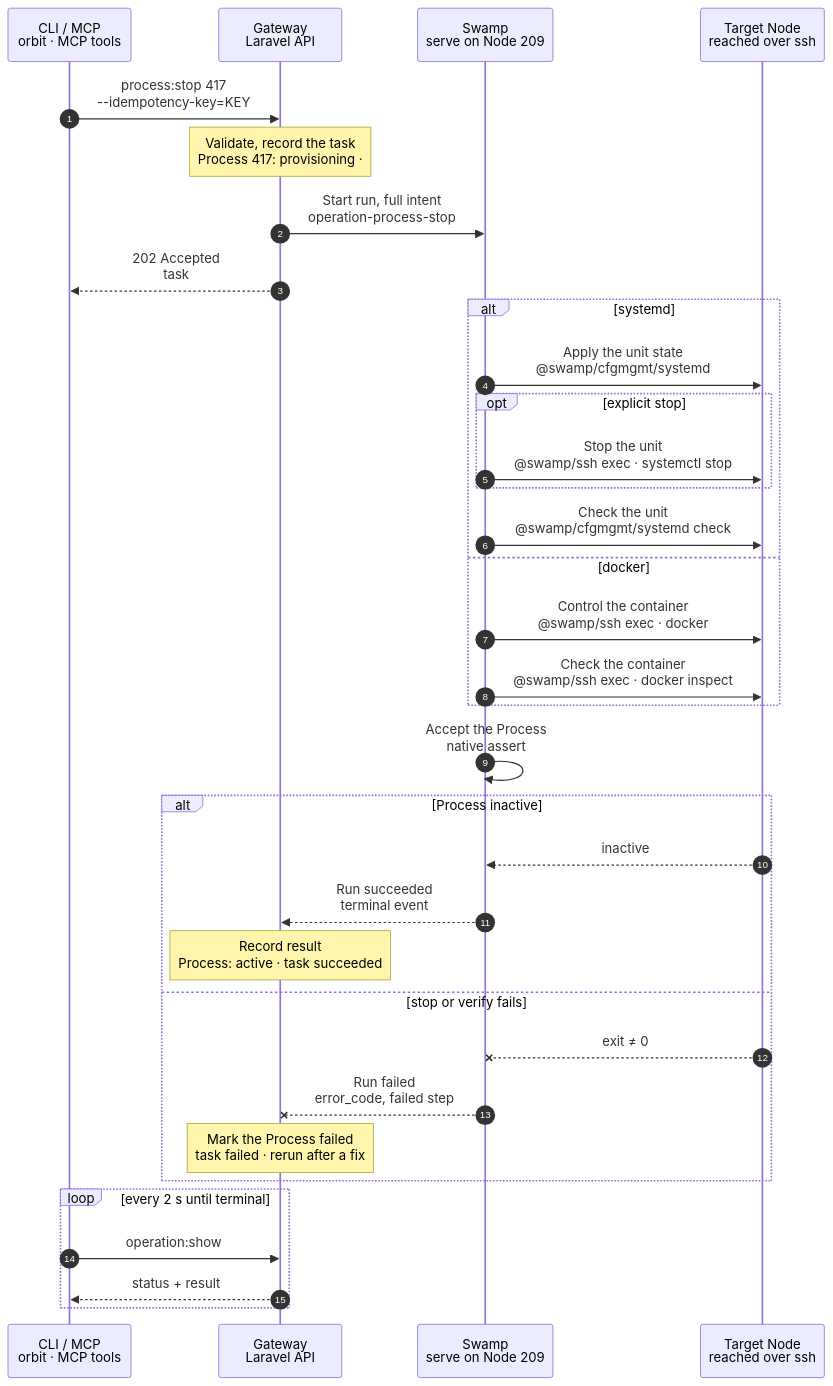
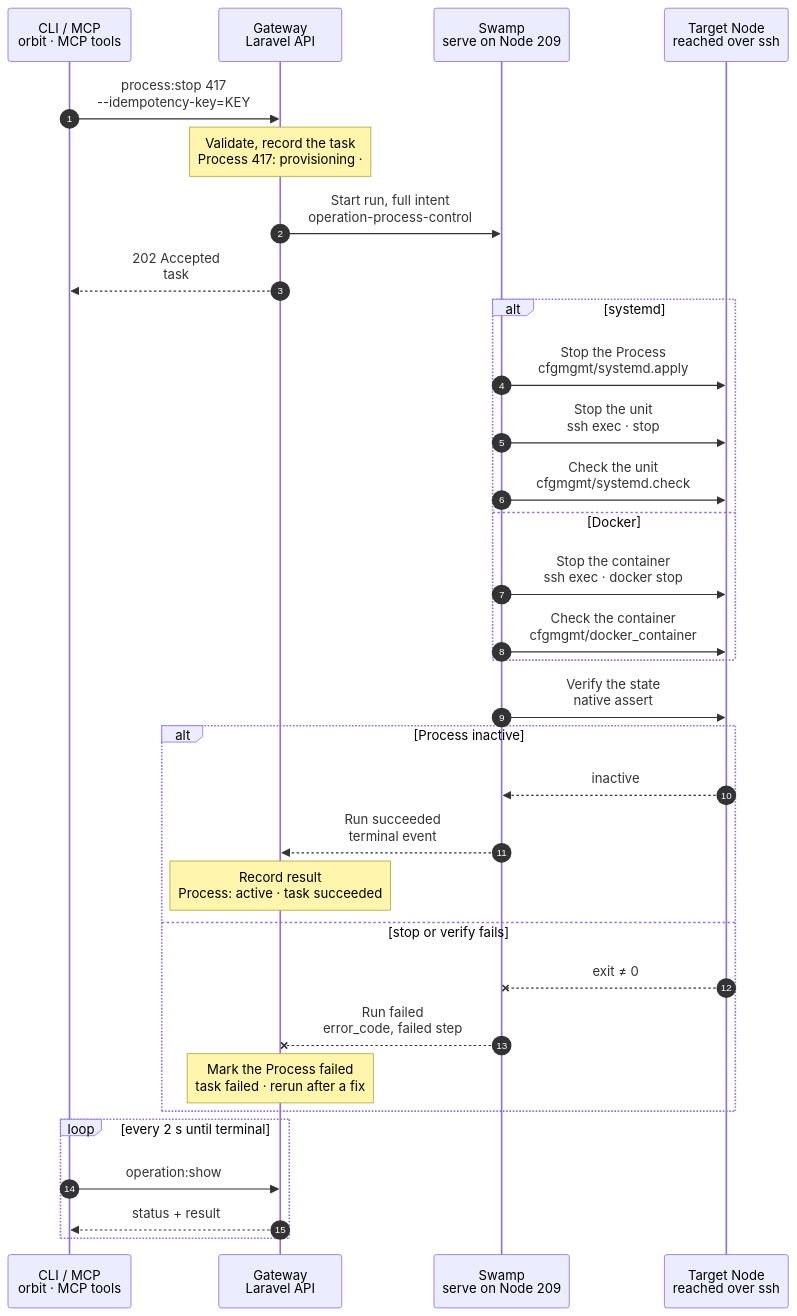
One commit to hardimpactdev/orbit changed the diagram in docs/cli/process/stop.mmd. Above: the diagram before and after it, drawn with Mermaid. The commit also changed 63 other files, not shown here.

```diff
--- a/docs/cli/process/stop.mmd
+++ b/docs/cli/process/stop.mmd
@@ -1,97 +1,91 @@
 sequenceDiagram
   %% Target design: ADR 0244 task, DECISIONS 4 + R1-R4 (process.stop shape: 209, @swamp/ssh, full intent as inputs).
-  %% status: draft
+  %% Tightened: flow-tighten 2026-11-02, rules 1-22 (one cfgmgmt systemd apply, its check as the end check, no shipped scripts; rule 21: only this command's branches).
+  %% status: migrated
   %% command: process:stop
   %% kind: process.stop
   autonumber
   %% lane CLI icon=terminal pill=caller tone=gray
   %% lane GW icon=gateway pill=intent tone=blue
   %% lane SW icon=workflow pill=executes tone=green
   %% lane N icon=server pill=target tone=amber
   participant CLI as CLI / MCP<br/>orbit · MCP tools
   participant GW as Gateway<br/>Laravel API
   participant SW as Swamp<br/>serve on Node 209
   participant N as Target Node<br/>reached over ssh
   CLI->>GW: process:stop 417<br/>--idempotency-key=KEY
   %%> Command:
   %%> - `orbit process:stop 417`
   %%> - syntax: `process:stop <process> [--idempotency-key=KEY] [--json]`
   %%> Input:
   %%> - the numeric Process ID from `process:list`
   %%> Who can call it:
   %%> - the `orbit` CLI and the MCP tool send the same request
   Note over GW: Validate, record the task<br/>Process 417: provisioning · #5130
   %%> Requirements:
   %%> - your Node has an access grant to the Node that runs Process 417
   %%> - Process 417 exists and is not being removed
+  %%> - a production Process's release is checked against the recorded releases, not on the Node
   %%> Result:
   %%> - task #5130 recorded with the full intent: unit or container name, runtime, on-demand flag, Vite plan
   %%> - Process 417 marked provisioning; its desired state does not change yet
   %%> - nothing has happened on the Node yet
-  GW->>SW: Start run, full intent<br/>operation-process-stop
+  GW->>SW: Start run, full intent<br/>operation-process-control
   %%> What it does:
   %%> - starts one Swamp run on serve (Node 209); every step runs there
   %%> Inputs:
   %%> - `kind`: process.stop
   %%> - the Process unit or container name, runtime and on-demand flag
   %%> - the Node's address and SSH host keys; the SSH identity comes from the `swamp` role
+  %%> Checked by the input schema:
+  %%> - no step reads or re-checks the intent
   GW-->>CLI: 202 Accepted<br/>task #5130
   %%> What you get:
   %%> - the task number, at once
   %%> Next:
   %%> - the CLI follows the task with `operation:show`
   alt systemd
-    SW->>N: Apply the unit state<br/>@swamp/cfgmgmt/systemd
-    %%> What it does:
-    %%> - converges boot policy and running state; on-demand starts stay disabled
-    opt explicit stop
-      SW->>N: Stop the unit<br/>@swamp/ssh exec · systemctl stop
-      %%> What it does:
-      %%> - also stops a unit that is activating or deactivating
-    end
-    SW->>N: Check the unit<br/>@swamp/cfgmgmt/systemd check
-    %%> Result:
-    %%> - records the running and boot state for the native end check
-  else docker
-    SW->>N: Control the container<br/>@swamp/ssh exec · docker
-    %%> What it does:
-    %%> - starts, stops or restarts the admitted container once
-    SW->>N: Check the container<br/>@swamp/ssh exec · docker inspect
-    %%> Result:
-    %%> - records the container state for the native end check
+    SW->>N: Stop the Process<br/>cfgmgmt/systemd.apply
+    SW->>N: Stop the unit<br/>ssh exec · stop
+    %%> Also cancels an activating unit, which pinned apply does not stop.
+    SW->>N: Check the unit<br/>cfgmgmt/systemd.check
+  else Docker
+    SW->>N: Stop the container<br/>ssh exec · docker stop
+    SW->>N: Check the container<br/>cfgmgmt/docker_container
   end
-  SW->>SW: Accept the Process<br/>native assert
-  %%> What it does:
-  %%> - accepts only the expected runtime and boot state
+  SW->>N: Verify the state<br/>native assert
+  %%> The pinned checks report compliance; native assert fails the run on drift.
   alt Process inactive
     N-->>SW: inactive
     %%> Returns:
     %%> - the Process is inactive
     SW-->>GW: Run succeeded<br/>terminal event
     %%> How the Gateway learns it:
-    %%> - its shared run reader sees the terminal event and reads the result step once; Swamp never calls the Gateway
+    %%> - its shared run reader sees the terminal event and reads the end check's output; Swamp never calls the Gateway
     Note over GW: Record result<br/>Process: active · task succeeded
     %%> Result:
     %%> - Process 417 desired state becomes stopped; its status becomes active
     %%> - task #5130 succeeds with the observed state
   else stop or verify fails
     N--xSW: exit ≠ 0
     %%> When:
     %%> - SSH fails, the unit is missing, or the state does not match
+    %%> How:
+    %%> - the failing step ends the run with its own exit code; there is no report step
     SW--xGW: Run failed<br/>error_code, failed step
     %%> The Gateway reads:
-    %%> - which step failed and its error code
+    %%> - which step failed and its exit code, mapped to `error_code`
     Note over GW: Mark the Process failed<br/>task failed · rerun after a fix
     %%> Result:
     %%> - Process 417 is marked failed with the error code; its desired state does not change
     %%> - task #5130 fails
-    %%> - there is no rollback; run the same command again after fixing the cause
+    %%> - there is no rollback and nothing to clean up; run the same command again after fixing the cause
   end
   loop every 2 s until terminal
     CLI->>GW: operation:show #5130
     %%> What it does:
     %%> - asks for the task status every 2 seconds until it has ended
     GW-->>CLI: status + result
     %%> Returns:
     %%> - the current status, and the result once the task has ended
   end
```
